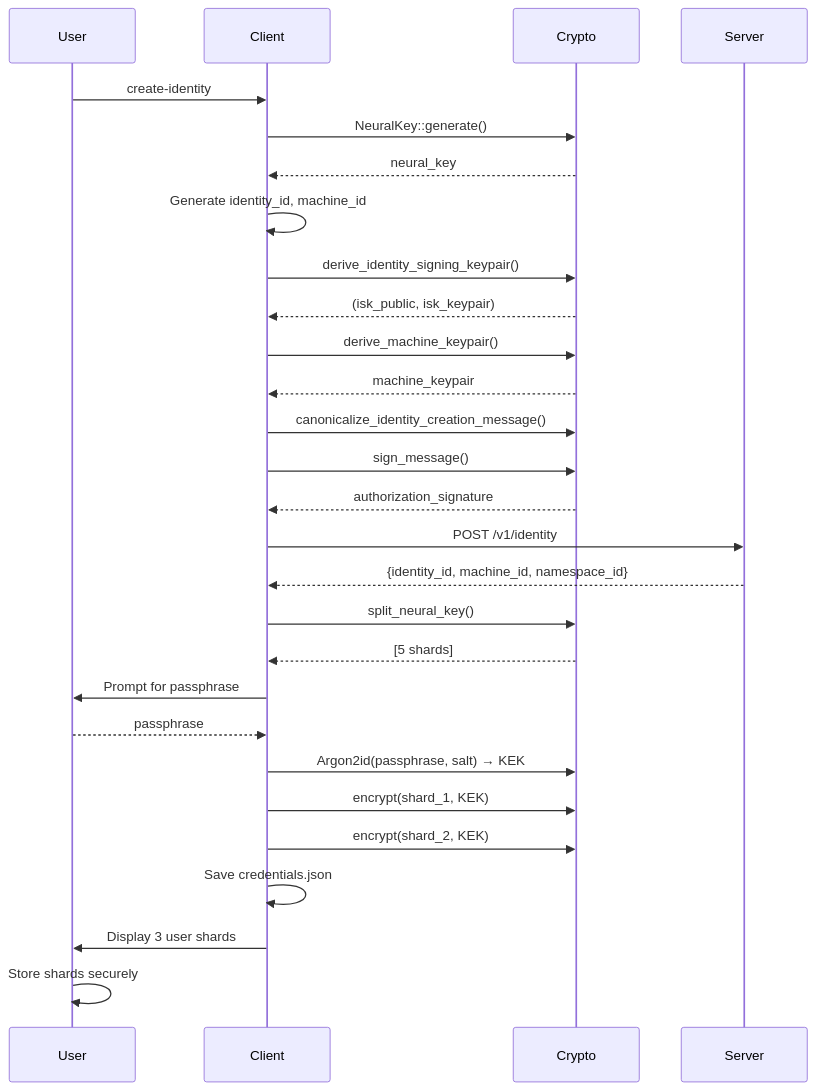
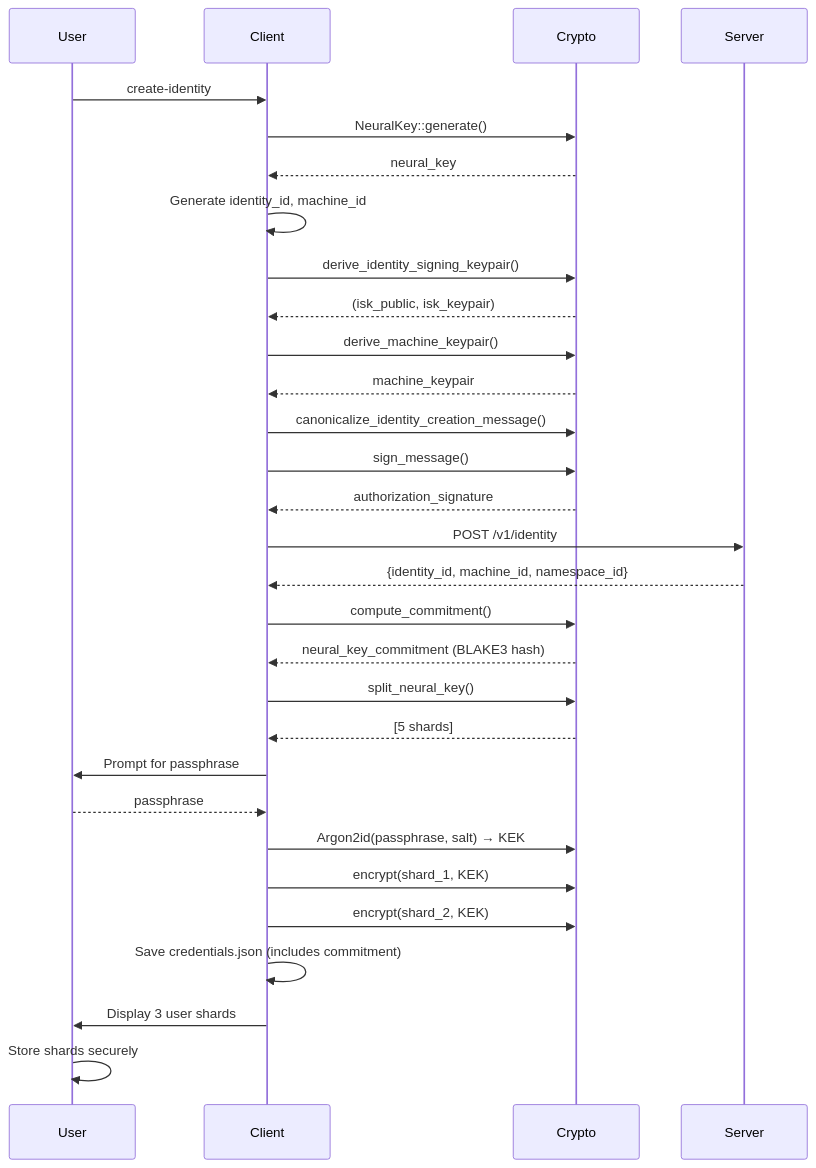
The fourth of 7 diagrams in docs/spec/v0.1/09-client.md (cypher-asi/zero-auth), drawn with Mermaid before and after one commit. The commit also changed other lines of this file, not shown here.

Commit message:
docs: add commitment verification to client flow diagrams

````diff
--- a/docs/spec/v0.1/09-client.md
+++ b/docs/spec/v0.1/09-client.md
@@ -251,42 +251,45 @@
 ```mermaid
 sequenceDiagram
     participant User
     participant Client
     participant Crypto
     participant Server
     
     User->>Client: create-identity
     
     Client->>Crypto: NeuralKey::generate()
     Crypto-->>Client: neural_key
     
     Client->>Client: Generate identity_id, machine_id
     
     Client->>Crypto: derive_identity_signing_keypair()
     Crypto-->>Client: (isk_public, isk_keypair)
     
     Client->>Crypto: derive_machine_keypair()
     Crypto-->>Client: machine_keypair
     
     Client->>Crypto: canonicalize_identity_creation_message()
     Client->>Crypto: sign_message()
     Crypto-->>Client: authorization_signature
     
     Client->>Server: POST /v1/identity
     Server-->>Client: {identity_id, machine_id, namespace_id}
     
+    Client->>Crypto: compute_commitment()
+    Crypto-->>Client: neural_key_commitment (BLAKE3 hash)
+    
     Client->>Crypto: split_neural_key()
     Crypto-->>Client: [5 shards]
     
     Client->>User: Prompt for passphrase
     User-->>Client: passphrase
     
     Client->>Crypto: Argon2id(passphrase, salt) → KEK
     Client->>Crypto: encrypt(shard_1, KEK)
     Client->>Crypto: encrypt(shard_2, KEK)
     
-    Client->>Client: Save credentials.json
+    Client->>Client: Save credentials.json (includes commitment)
     
     Client->>User: Display 3 user shards
     User->>User: Store shards securely
 ```
````
